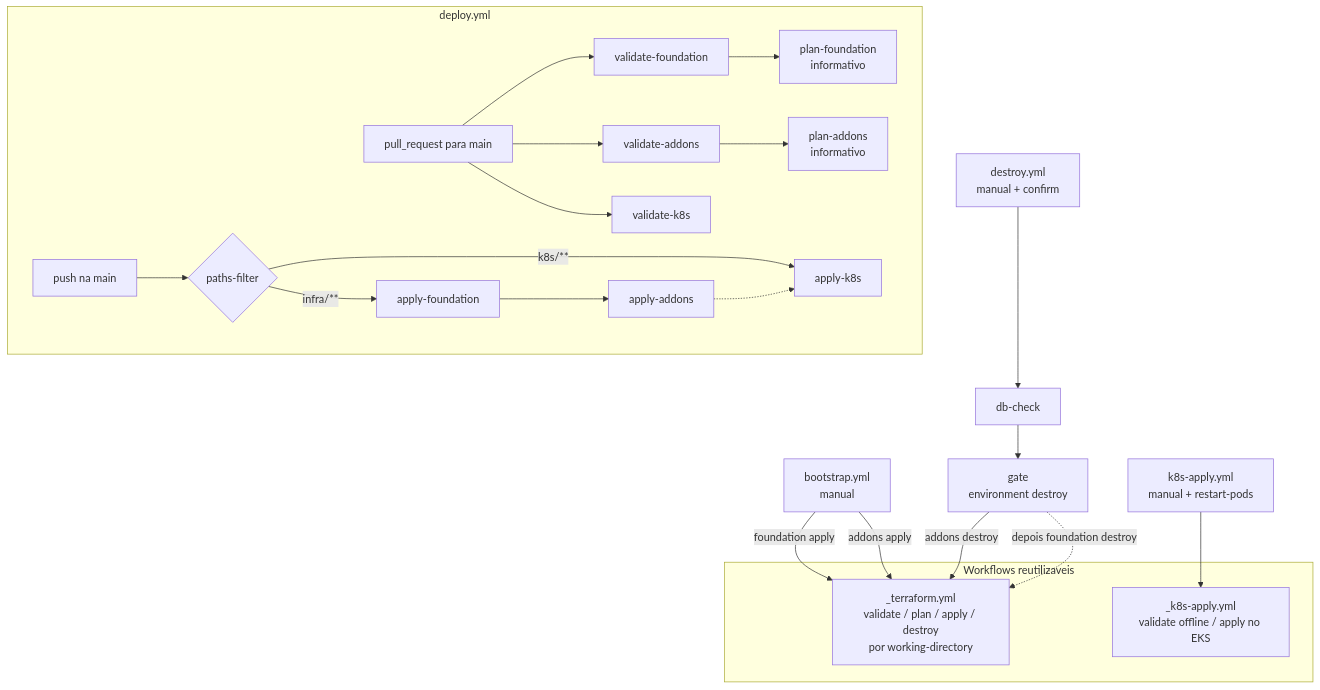
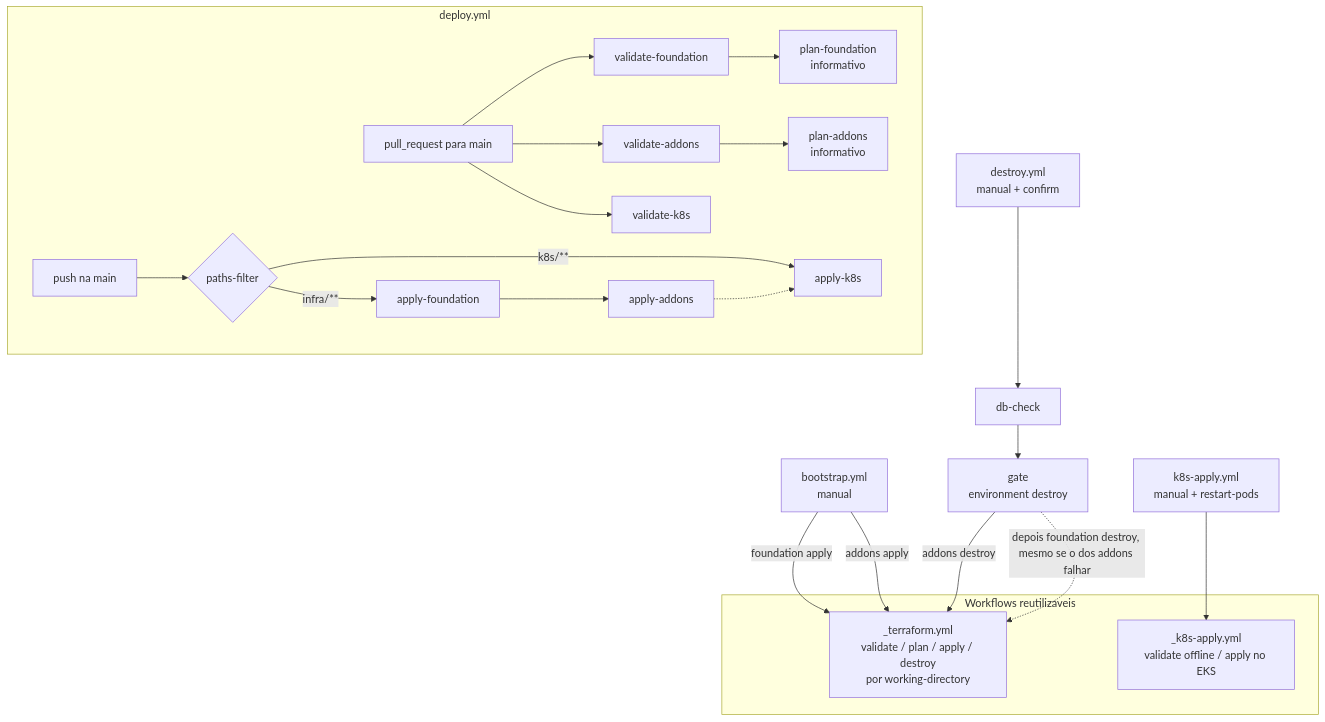
Before and after one commit to GuiToniello/tech-challenge-fase-3-K8S-soat16-rm374658: the diagram in .github/workflows/README.md, drawn with Mermaid. The commit also changed other lines of this file and 39 other files, not shown here.

````diff
--- a/.github/workflows/README.md
+++ b/.github/workflows/README.md
@@ -17,27 +17,27 @@
 ```mermaid
 flowchart TD
   subgraph Reusable[Workflows reutilizaveis]
     T[_terraform.yml\nvalidate / plan / apply / destroy\npor working-directory]
     K[_k8s-apply.yml\nvalidate offline / apply no EKS]
   end
 
   B[bootstrap.yml\nmanual] -->|foundation apply| T
   B -->|addons apply| T
 
   subgraph Deploy[deploy.yml]
     PR[pull_request para main] --> VF[validate-foundation]
     PR --> VA[validate-addons]
     PR --> VK[validate-k8s]
     VF --> PF[plan-foundation\ninformativo]
     VA --> PA[plan-addons\ninformativo]
     PUSH[push na main] --> C{paths-filter}
     C -->|infra/**| AF[apply-foundation] --> AA[apply-addons]
     C -->|k8s/**| AK[apply-k8s]
     AA -.-> AK
   end
 
   KA[k8s-apply.yml\nmanual + restart-pods] --> K
   D[destroy.yml\nmanual + confirm] --> DC[db-check] --> G[gate\nenvironment destroy]
   G -->|addons destroy| T
-  G -.->|depois foundation destroy| T
+  G -.->|depois foundation destroy, mesmo se o dos addons falhar| T
 ```
````
